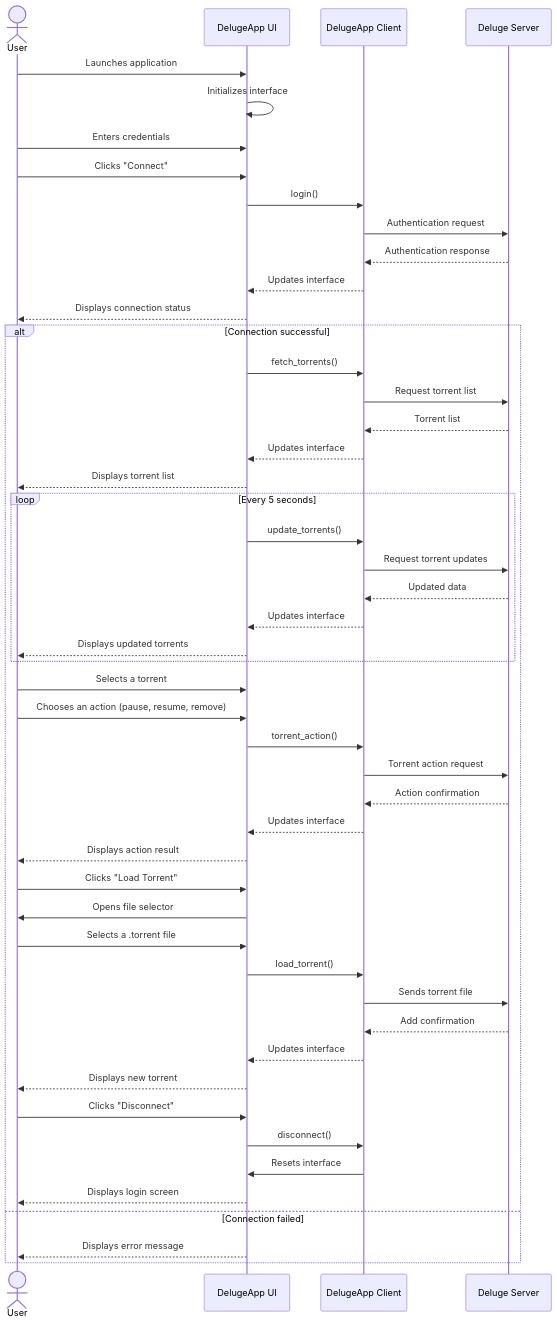
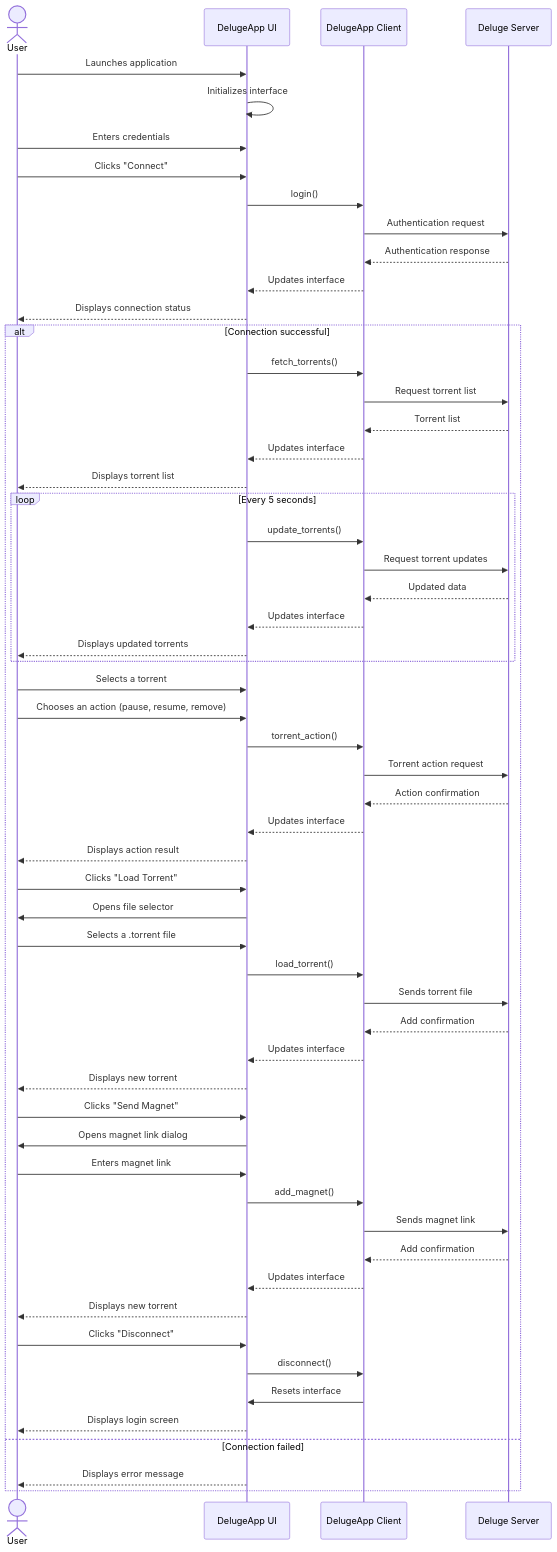
One commit to Crypt0zauruS/deluge-manager changed the diagram in README.md. Above: the diagram before and after it, drawn with Mermaid. The commit also changed other lines of this file and 5 other files, not shown here.

````diff
--- a/README.md
+++ b/README.md
@@ -36,58 +37,67 @@
 ```mermaid
 sequenceDiagram
 actor User
 participant UI as DelugeApp UI
 participant Client as DelugeApp Client
 participant Server as Deluge Server
 
     User->>UI: Launches application
     UI->>UI: Initializes interface
 
     User->>UI: Enters credentials
     User->>UI: Clicks "Connect"
     UI->>Client: login()
     Client->>Server: Authentication request
     Server-->>Client: Authentication response
     Client-->>UI: Updates interface
     UI-->>User: Displays connection status
 
     alt Connection successful
         UI->>Client: fetch_torrents()
         Client->>Server: Request torrent list
         Server-->>Client: Torrent list
         Client-->>UI: Updates interface
         UI-->>User: Displays torrent list
 
         loop Every 5 seconds
             UI->>Client: update_torrents()
             Client->>Server: Request torrent updates
             Server-->>Client: Updated data
             Client-->>UI: Updates interface
             UI-->>User: Displays updated torrents
         end
 
         User->>UI: Selects a torrent
         User->>UI: Chooses an action (pause, resume, remove)
         UI->>Client: torrent_action()
         Client->>Server: Torrent action request
         Server-->>Client: Action confirmation
         Client-->>UI: Updates interface
         UI-->>User: Displays action result
 
         User->>UI: Clicks "Load Torrent"
         UI->>User: Opens file selector
         User->>UI: Selects a .torrent file
         UI->>Client: load_torrent()
         Client->>Server: Sends torrent file
         Server-->>Client: Add confirmation
         Client-->>UI: Updates interface
         UI-->>User: Displays new torrent
 
+        User->>UI: Clicks "Send Magnet"
+        UI->>User: Opens magnet link dialog
+        User->>UI: Enters magnet link
+        UI->>Client: add_magnet()
+        Client->>Server: Sends magnet link
+        Server-->>Client: Add confirmation
+        Client-->>UI: Updates interface
+        UI-->>User: Displays new torrent
+
         User->>UI: Clicks "Disconnect"
         UI->>Client: disconnect()
         Client->>UI: Resets interface
         UI-->>User: Displays login screen
     else Connection failed
         UI-->>User: Displays error message
     end
 ```
````
